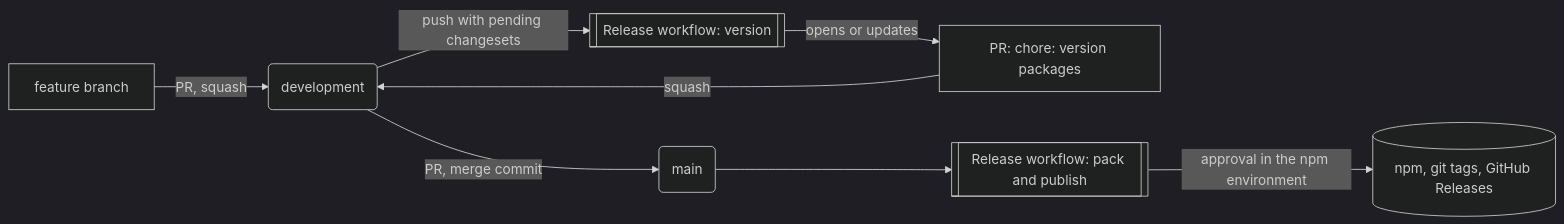
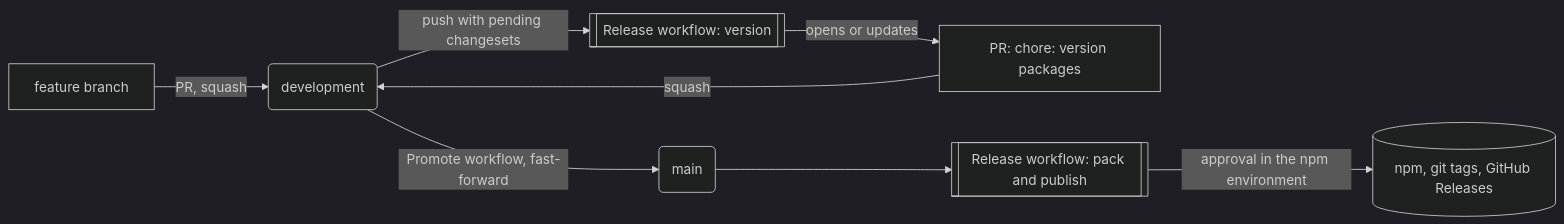
One commit to paperpic/paperpic changed the diagram in .github/WORKFLOW.md. Above: the diagram before and after it, drawn with Mermaid (dark theme). The commit also changed other lines of this file and 2 other files, not shown here.

First line of the commit message:
ci: fast-forward main to development with a promote workflow

````diff
--- a/.github/WORKFLOW.md
+++ b/.github/WORKFLOW.md
@@ -91,10 +91,10 @@
 ```mermaid
 flowchart LR
   A["feature branch"] -->|"PR, squash"| B("development")
   B -->|"push with pending changesets"| C[["Release workflow: version"]]
   C -->|"opens or updates"| D["PR: chore: version packages"]
   D -->|"squash"| B
-  B -->|"PR, merge commit"| E("main")
+  B -->|"Promote workflow, fast-forward"| E("main")
   E --> F[["Release workflow: pack and publish"]]
   F -->|"approval in the npm environment"| G[("npm, git tags, GitHub Releases")]
 ```
````
